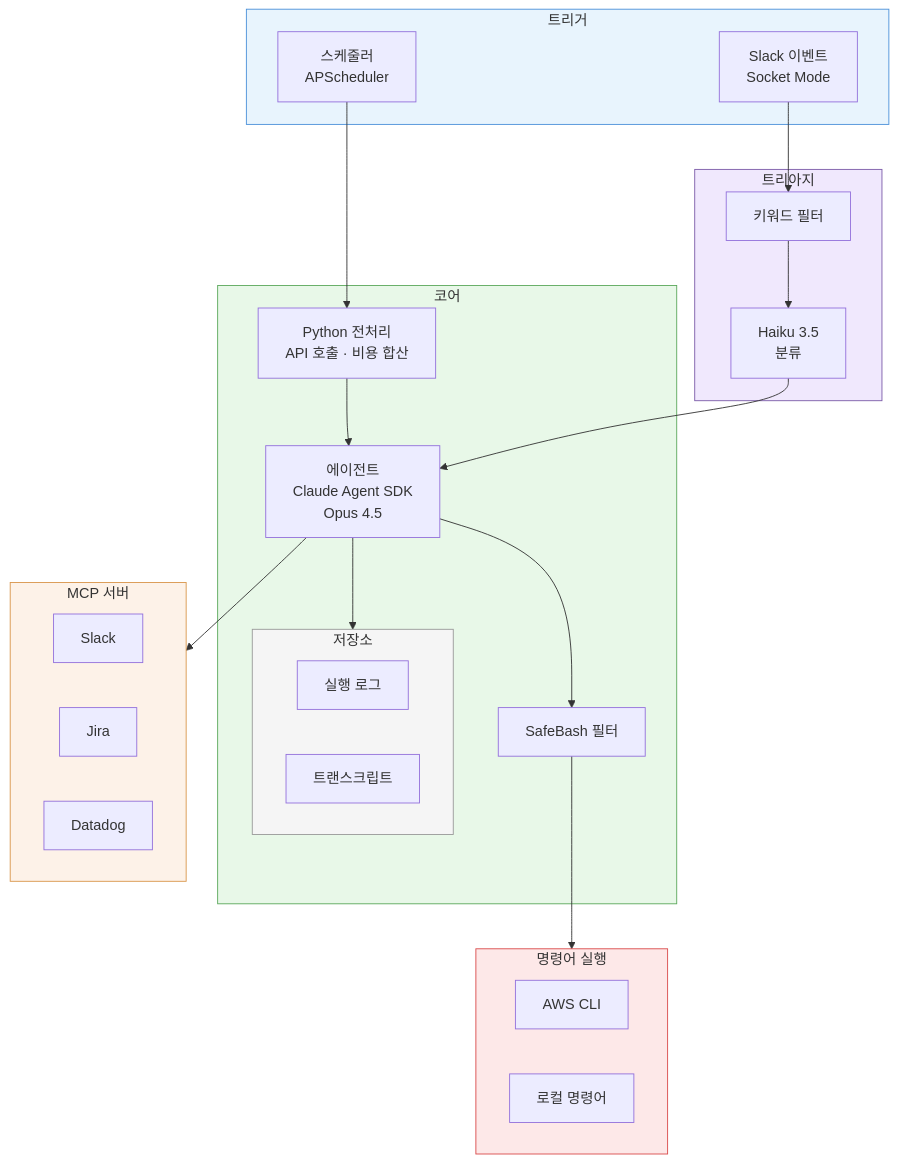
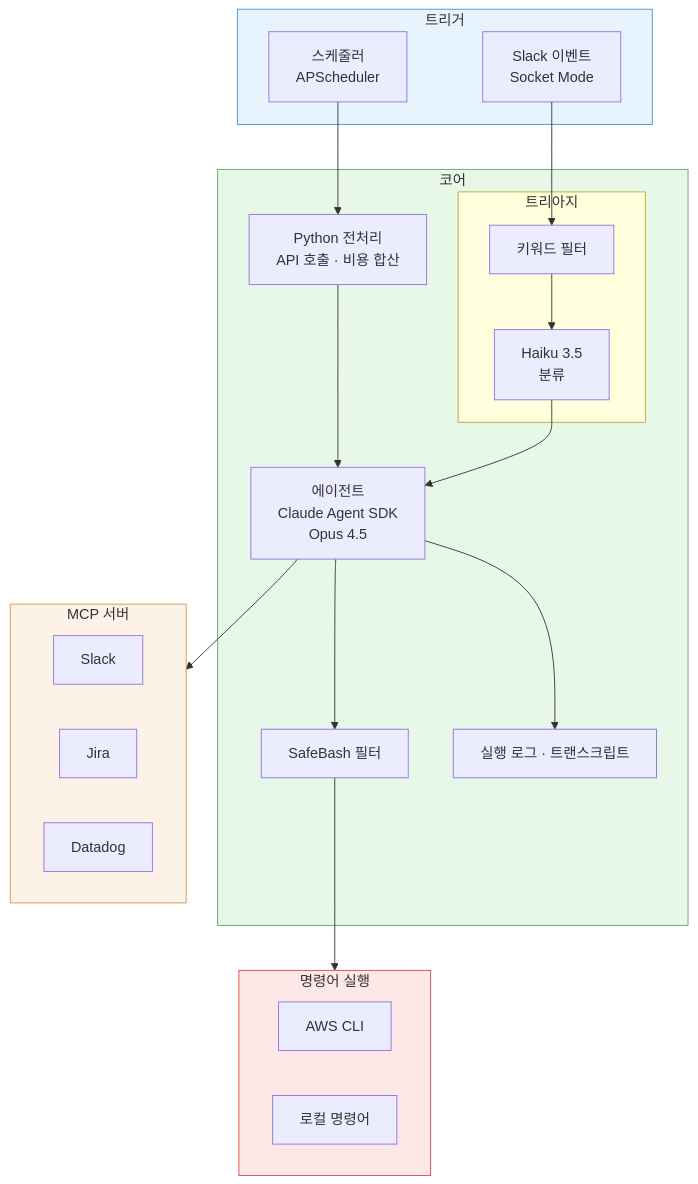
Before and after one commit to kimduksoo/duksoo-tech-blog: the first of 3 diagrams in content/ai/ai-infra-automation.md, drawn with Mermaid.

Commit message:
트리아지를 코어 내부로 이동

````diff
--- a/content/ai/ai-infra-automation.md
+++ b/content/ai/ai-infra-automation.md
@@ -26,45 +26,38 @@
 ```mermaid
 flowchart TB
     subgraph 트리거
         Cron[스케줄러<br/>APScheduler]
         Event[Slack 이벤트<br/>Socket Mode]
     end
 
-    subgraph 트리아지
-        KW[키워드 필터] --> Haiku[Haiku 3.5<br/>분류]
-    end
-
     subgraph 코어
+        subgraph 트리아지
+            KW[키워드 필터] --> Haiku[Haiku 3.5<br/>분류]
+        end
         Pre[Python 전처리<br/>API 호출 · 비용 합산] --> Agent[에이전트<br/>Claude Agent SDK<br/>Opus 4.5]
+        Haiku --> Agent
         Agent --> Safe[SafeBash 필터]
-        subgraph 저장소
-            Log[실행 로그]
-            Transcript[트랜스크립트]
-        end
-        Agent --> 저장소
+        Agent --> Log[실행 로그 · 트랜스크립트]
     end
 
     subgraph MCP[MCP 서버]
         S[Slack]
         J[Jira]
         D[Datadog]
     end
 
     subgraph CLI[명령어 실행]
         AWS[AWS CLI]
         Local[로컬 명령어]
     end
 
     Cron --> Pre
     Event --> KW
-    Haiku --> Agent
     Safe --> CLI
     Agent --> MCP
 
     style 트리거 fill:#e8f4fd,stroke:#4a90d9
-    style 트리아지 fill:#f0e8fd,stroke:#7b5ba8
     style 코어 fill:#e8f8e8,stroke:#5ba85b
-    style 저장소 fill:#f5f5f5,stroke:#999999
     style MCP fill:#fdf2e8,stroke:#d9964a
     style CLI fill:#fde8e8,stroke:#d94a4a
 ```
````
